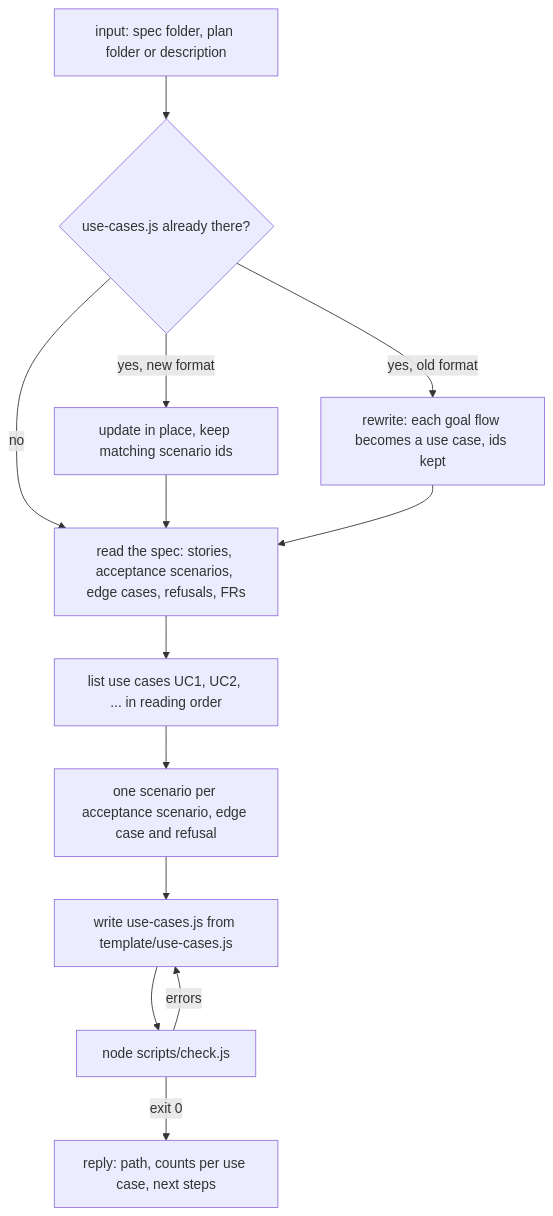
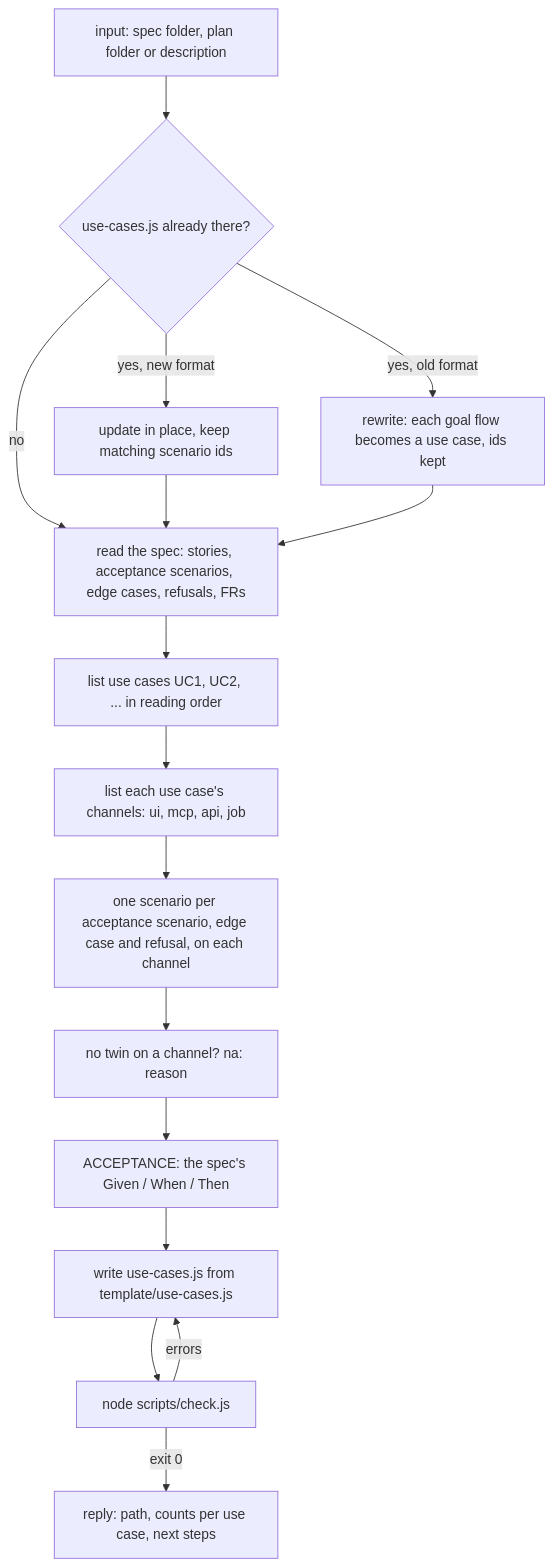
Before and after one commit to naphatwx/naphatwx-tools: the first of 3 diagrams in plugins/naphatwx-tools/skills/generate-use-case/README.md, drawn with Mermaid. The commit also changed other lines of this file and 66 other files, not shown here.

First line of the commit message:
feat(use-cases): one use-cases.js for every skill that plays or tests

````diff
--- a/plugins/naphatwx-tools/skills/generate-use-case/README.md
+++ b/plugins/naphatwx-tools/skills/generate-use-case/README.md
@@ -29,15 +30,19 @@
 ```mermaid
 graph TD
     A[input: spec folder, plan folder or description] --> B{use-cases.js already there?}
     B -->|yes, new format| B1[update in place, keep matching scenario ids]
     B -->|yes, old format| B2[rewrite: each goal flow becomes a use case, ids kept]
     B -->|no| C[read the spec: stories, acceptance scenarios, edge cases, refusals, FRs]
     B1 --> C
     B2 --> C
     C --> D["list use cases UC1, UC2, ... in reading order"]
-    D --> E[one scenario per acceptance scenario, edge case and refusal]
-    E --> F[write use-cases.js from template/use-cases.js]
+    D --> D2["list each use case's channels: ui, mcp, api, job"]
+    D2 --> E[one scenario per acceptance scenario, edge case and refusal, on each channel]
+    E --> E2["no twin on a channel? na: reason"]
+    E2 --> E3[ACCEPTANCE: the spec's Given / When / Then]
+    E3 --> F
+    F[write use-cases.js from template/use-cases.js]
     F --> G[node scripts/check.js]
     G -->|errors| F
     G -->|exit 0| H[reply: path, counts per use case, next steps]
 ```
````
